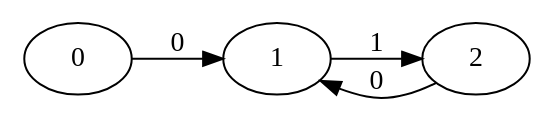
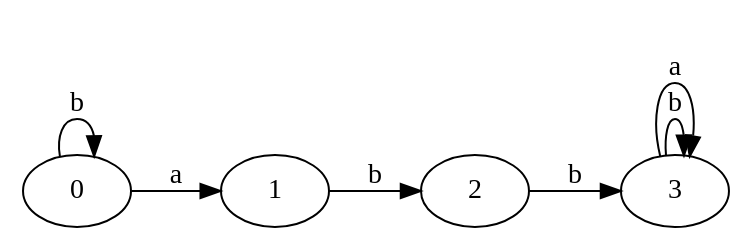
One commit to jua16073/lenguajes_proy1 changed the diagram in test-output/dfa_direct.gv. Above: the diagram before and after it, drawn with Graphviz. The commit also changed 10 other files, not shown here.

```diff
--- a/test-output/dfa_direct.gv
+++ b/test-output/dfa_direct.gv
@@ -1,9 +1,13 @@
 digraph Automata {
 	rankdir=LR
 	0 [label=0]
-	0 -> 1 [label=0]
+	0 -> 0 [label=b]
+	0 -> 1 [label=a]
 	1 [label=1]
-	1 -> 2 [label=1]
+	1 -> 2 [label=b]
 	2 [label=2]
-	2 -> 1 [label=0]
+	2 -> 3 [label=b]
+	3 [label=3]
+	3 -> 3 [label=b]
+	3 -> 3 [label=a]
 }
```
